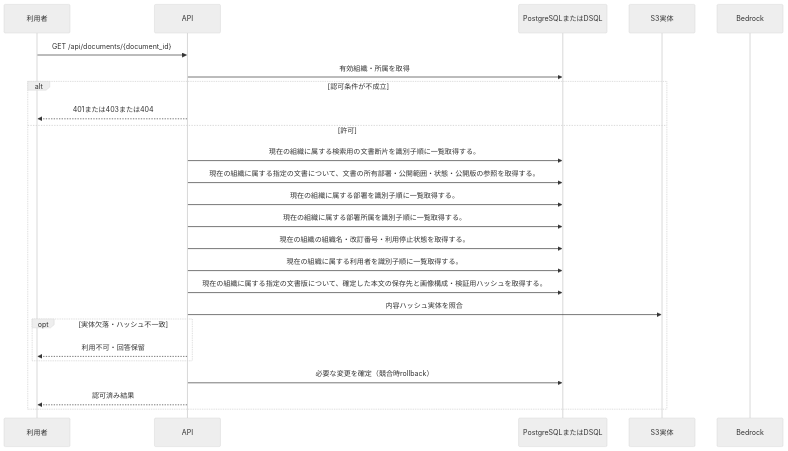
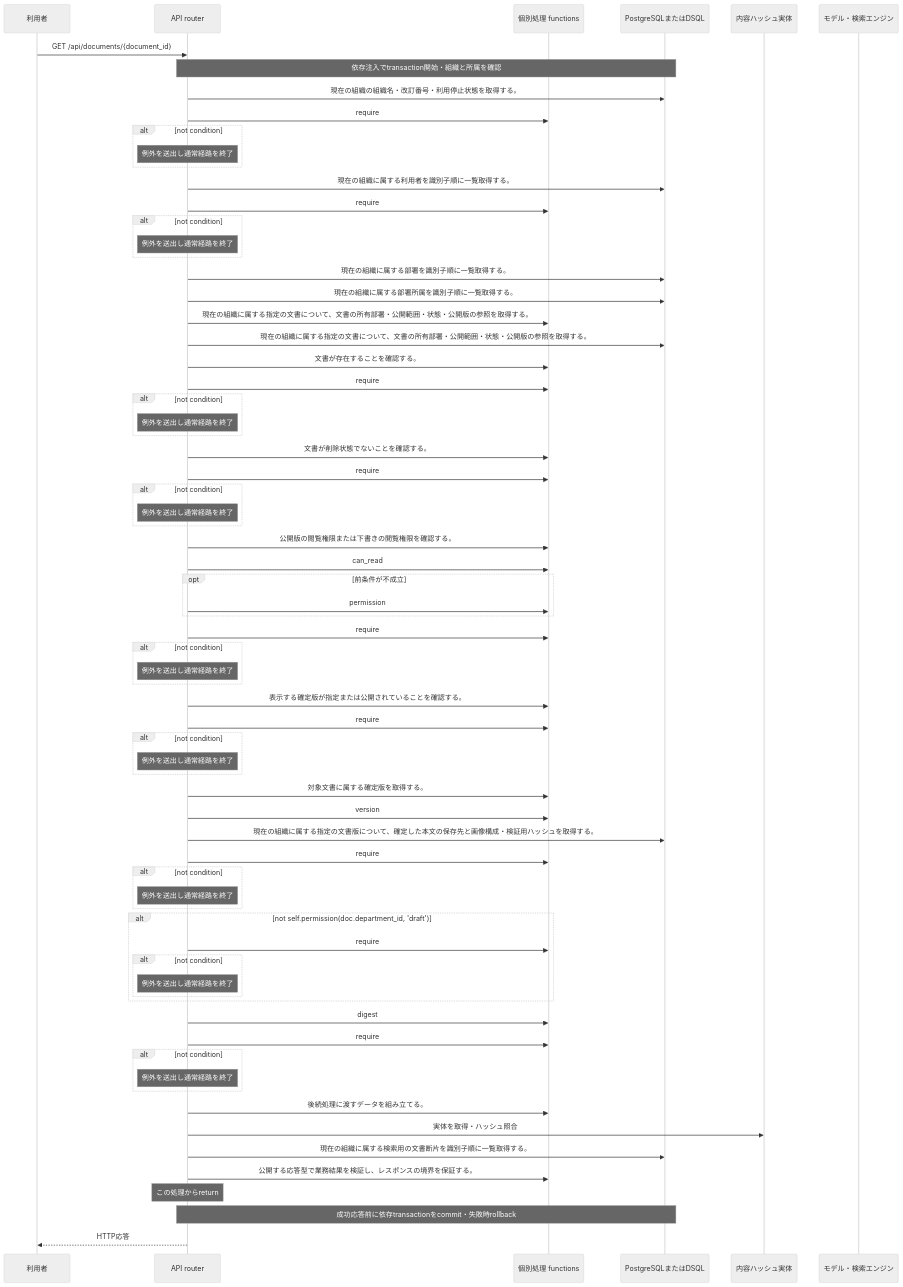
Before and after one commit to tsuji-tomonori/KotoRelay: the diagram in docs/design/generated/api/documents/read_document/sequence.md, drawn with Mermaid (neutral theme). The commit also changed other lines of this file and 424 other files, not shown here.

````diff
--- a/docs/design/generated/api/documents/read_document/sequence.md
+++ b/docs/design/generated/api/documents/read_document/sequence.md
@@ -7,27 +7,74 @@
 ```mermaid
 sequenceDiagram
     participant U as 利用者
-    participant A as API
+    participant A as API router
+    participant F as 個別処理 functions
     participant D as PostgreSQLまたはDSQL
-    participant S as S3実体
-    participant M as Bedrock
+    participant S as 内容ハッシュ実体
+    participant M as モデル・検索エンジン
     U->>A: GET /api/documents/{document_id}
-    A->>D: 有効組織・所属を取得
-    alt 認可条件が不成立
-        A-->>U: 401または403または404
-    else 許可
-        A->>D: 現在の組織に属する検索用の文書断片を識別子順に一覧取得する。
-        A->>D: 現在の組織に属する指定の文書について、文書の所有部署・公開範囲・状態・公開版の参照を取得する。
-        A->>D: 現在の組織に属する部署を識別子順に一覧取得する。
-        A->>D: 現在の組織に属する部署所属を識別子順に一覧取得する。
-        A->>D: 現在の組織の組織名・改訂番号・利用停止状態を取得する。
-        A->>D: 現在の組織に属する利用者を識別子順に一覧取得する。
-        A->>D: 現在の組織に属する指定の文書版について、確定した本文の保存先と画像構成・検証用ハッシュを取得する。
-        A->>S: 内容ハッシュ実体を照合
-        opt 実体欠落・ハッシュ不一致
-            A-->>U: 利用不可・回答保留
-        end
-        A->>D: 必要な変更を確定（競合時rollback）
-        A-->>U: 認可済み結果
+    Note over A,D: 依存注入でtransaction開始・組織と所属を確認
+    A->>D: 現在の組織の組織名・改訂番号・利用停止状態を取得する。
+    A->>F: require
+    alt not condition
+    Note over A: 例外を送出し通常経路を終了
     end
+    A->>D: 現在の組織に属する利用者を識別子順に一覧取得する。
+    A->>F: require
+    alt not condition
+    Note over A: 例外を送出し通常経路を終了
+    end
+    A->>D: 現在の組織に属する部署を識別子順に一覧取得する。
+    A->>D: 現在の組織に属する部署所属を識別子順に一覧取得する。
+    A->>F: 現在の組織に属する指定の文書について、文書の所有部署・公開範囲・状態・公開版の参照を取得する。
+    A->>D: 現在の組織に属する指定の文書について、文書の所有部署・公開範囲・状態・公開版の参照を取得する。
+    A->>F: 文書が存在することを確認する。
+    A->>F: require
+    alt not condition
+    Note over A: 例外を送出し通常経路を終了
+    end
+    A->>F: 文書が削除状態でないことを確認する。
+    A->>F: require
+    alt not condition
+    Note over A: 例外を送出し通常経路を終了
+    end
+    A->>F: 公開版の閲覧権限または下書きの閲覧権限を確認する。
+    A->>F: can_read
+    opt 前条件が不成立
+    A->>F: permission
+    end
+    A->>F: require
+    alt not condition
+    Note over A: 例外を送出し通常経路を終了
+    end
+    A->>F: 表示する確定版が指定または公開されていることを確認する。
+    A->>F: require
+    alt not condition
+    Note over A: 例外を送出し通常経路を終了
+    end
+    A->>F: 対象文書に属する確定版を取得する。
+    A->>F: version
+    A->>D: 現在の組織に属する指定の文書版について、確定した本文の保存先と画像構成・検証用ハッシュを取得する。
+    A->>F: require
+    alt not condition
+    Note over A: 例外を送出し通常経路を終了
+    end
+    alt not self.permission(doc.department_id, 'draft')
+    A->>F: require
+    alt not condition
+    Note over A: 例外を送出し通常経路を終了
+    end
+    end
+    A->>F: digest
+    A->>F: require
+    alt not condition
+    Note over A: 例外を送出し通常経路を終了
+    end
+    A->>F: 後続処理に渡すデータを組み立てる。
+    A->>S: 実体を取得・ハッシュ照合
+    A->>D: 現在の組織に属する検索用の文書断片を識別子順に一覧取得する。
+    A->>F: 公開する応答型で業務結果を検証し、レスポンスの境界を保証する。
+    Note over A: この処理からreturn
+    Note over A,D: 成功応答前に依存transactionをcommit・失敗時rollback
+    A-->>U: HTTP応答
 ```
````
